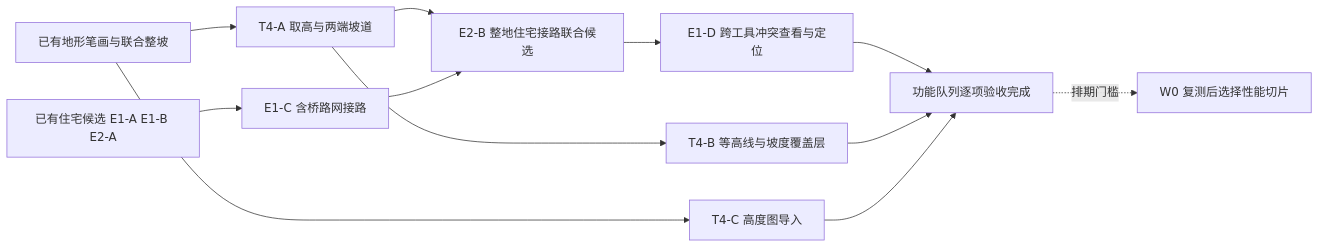
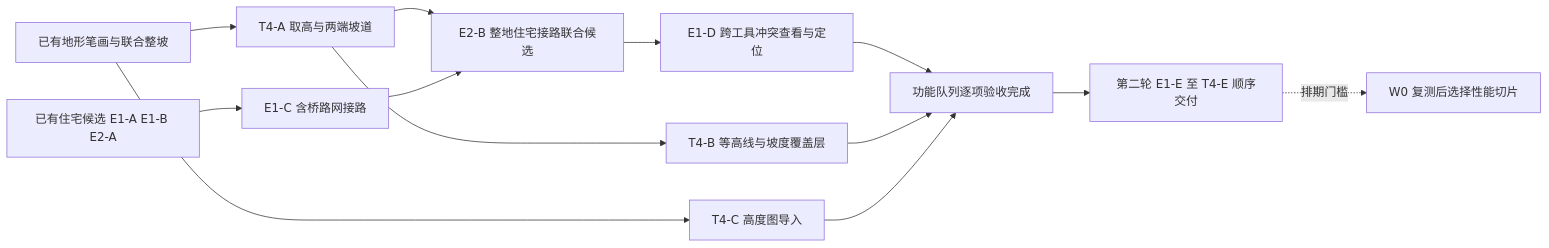
Before and after one commit to kasuganosora/rmmo: the first of 2 diagrams in docs/seamless_streaming_optimization_plan_20261014.md, drawn with Mermaid. The commit also changed other lines of this file and 26 other files, not shown here.

````diff
--- a/docs/seamless_streaming_optimization_plan_20261014.md
+++ b/docs/seamless_streaming_optimization_plan_20261014.md
@@ -385,14 +408,15 @@
 ```mermaid
 flowchart LR
     A[已有地形笔画与联合整坡] --> B[T4-A 取高与两端坡道]
     C[已有住宅候选 E1-A E1-B E2-A] --> D[E1-C 含桥路网接路]
     B --> E[E2-B 整地住宅接路联合候选]
     D --> E
     E --> F[E1-D 跨工具冲突查看与定位]
     B --> G[T4-B 等高线与坡度覆盖层]
     A --> H[T4-C 高度图导入]
     F --> I[功能队列逐项验收完成]
     G --> I
     H --> I
-    I -. 排期门槛 .-> J[W0 复测后选择性能切片]
+    I --> K[第二轮 E1-E 至 T4-E 顺序交付]
+    K -. 排期门槛 .-> J[W0 复测后选择性能切片]
 ```
````
